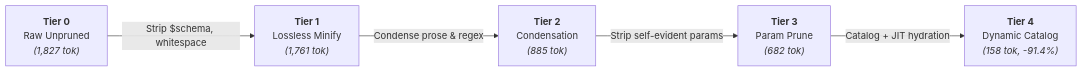
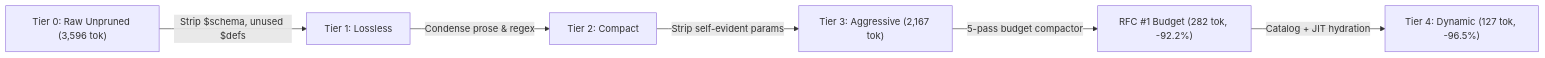
One commit to aloneangel45/toolprune changed the second of 2 diagrams in README.md. Above: the diagram before and after it, drawn with Mermaid. The commit also changed other lines of this file and 65 other files, not shown here.

````diff
--- a/README.md
+++ b/README.md
@@ -217,7 +232,8 @@
 ```mermaid
 flowchart LR
-    T0["<b>Tier 0</b><br>Raw Unpruned<br><i>(1,827 tok)</i>"] -->|Strip $schema, whitespace| T1["<b>Tier 1</b><br>Lossless Minify<br><i>(1,761 tok)</i>"]
-    T1 -->|Condense prose & regex| T2["<b>Tier 2</b><br>Condensation<br><i>(885 tok)</i>"]
-    T2 -->|Strip self-evident params| T3["<b>Tier 3</b><br>Param Prune<br><i>(682 tok)</i>"]
-    T3 -->|Catalog + JIT hydration| T4["<b>Tier 4</b><br>Dynamic Catalog<br><i>(158 tok, -91.4%)</i>"]
+    T0["Tier 0: Raw Unpruned (3,596 tok)"] -->|Strip $schema, unused $defs| T1["Tier 1: Lossless"]
+    T1 -->|Condense prose & regex| T2["Tier 2: Compact"]
+    T2 -->|Strip self-evident params| T3["Tier 3: Aggressive (2,167 tok)"]
+    T3 -->|5-pass budget compactor| TB["RFC #1 Budget (282 tok, -92.2%)"]
+    TB -->|Catalog + JIT hydration| T4["Tier 4: Dynamic (127 tok, -96.5%)"]
 ```
````
